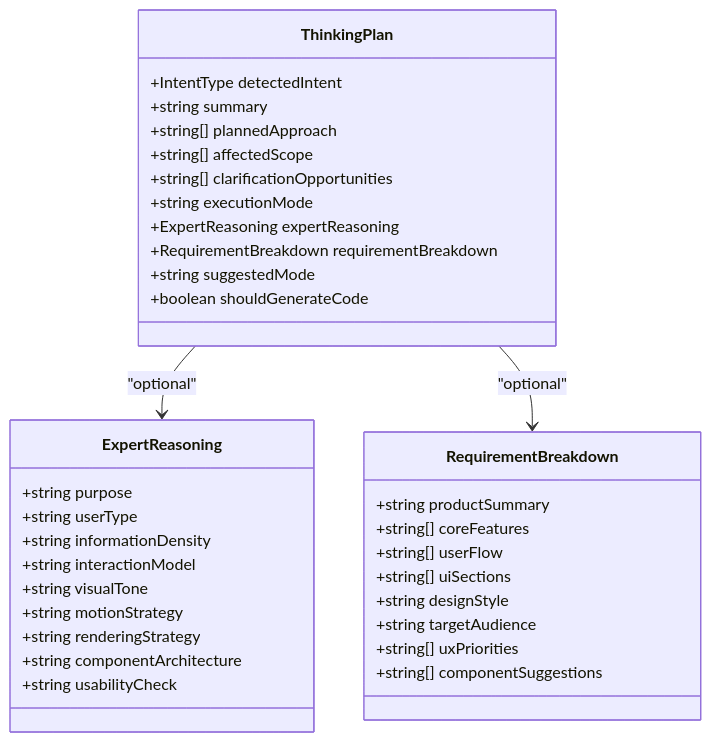
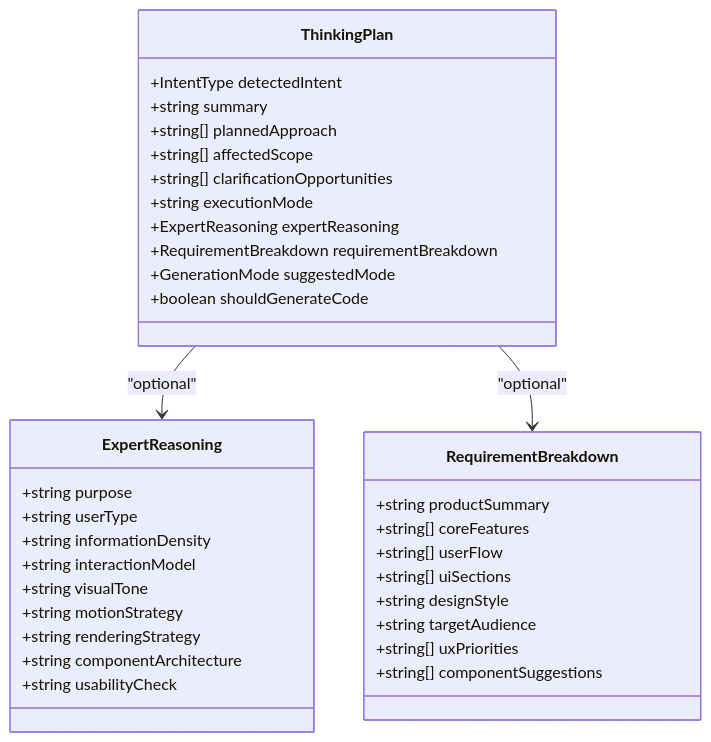
One commit to shekhargiri005-dotcom/AI-powered-accessibility-first-UI-engine changed the fourth of 8 diagrams in .qoder/repowiki/en/content/Thinking Engine.md. Above: the diagram before and after it, drawn with Mermaid. The commit also changed other lines of this file and 6 other files, not shown here.

````diff
--- a/.qoder/repowiki/en/content/Thinking Engine.md
+++ b/.qoder/repowiki/en/content/Thinking Engine.md
@@ -222,38 +248,38 @@
 ```mermaid
 classDiagram
 class ThinkingPlan {
 +IntentType detectedIntent
 +string summary
 +string[] plannedApproach
 +string[] affectedScope
 +string[] clarificationOpportunities
 +string executionMode
 +ExpertReasoning expertReasoning
 +RequirementBreakdown requirementBreakdown
-+string suggestedMode
++GenerationMode suggestedMode
 +boolean shouldGenerateCode
 }
 class ExpertReasoning {
 +string purpose
 +string userType
 +string informationDensity
 +string interactionModel
 +string visualTone
 +string motionStrategy
 +string renderingStrategy
 +string componentArchitecture
 +string usabilityCheck
 }
 class RequirementBreakdown {
 +string productSummary
 +string[] coreFeatures
 +string[] userFlow
 +string[] uiSections
 +string designStyle
 +string targetAudience
 +string[] uxPriorities
 +string[] componentSuggestions
 }
 ThinkingPlan --> ExpertReasoning : "optional"
 ThinkingPlan --> RequirementBreakdown : "optional"
 ```
````
